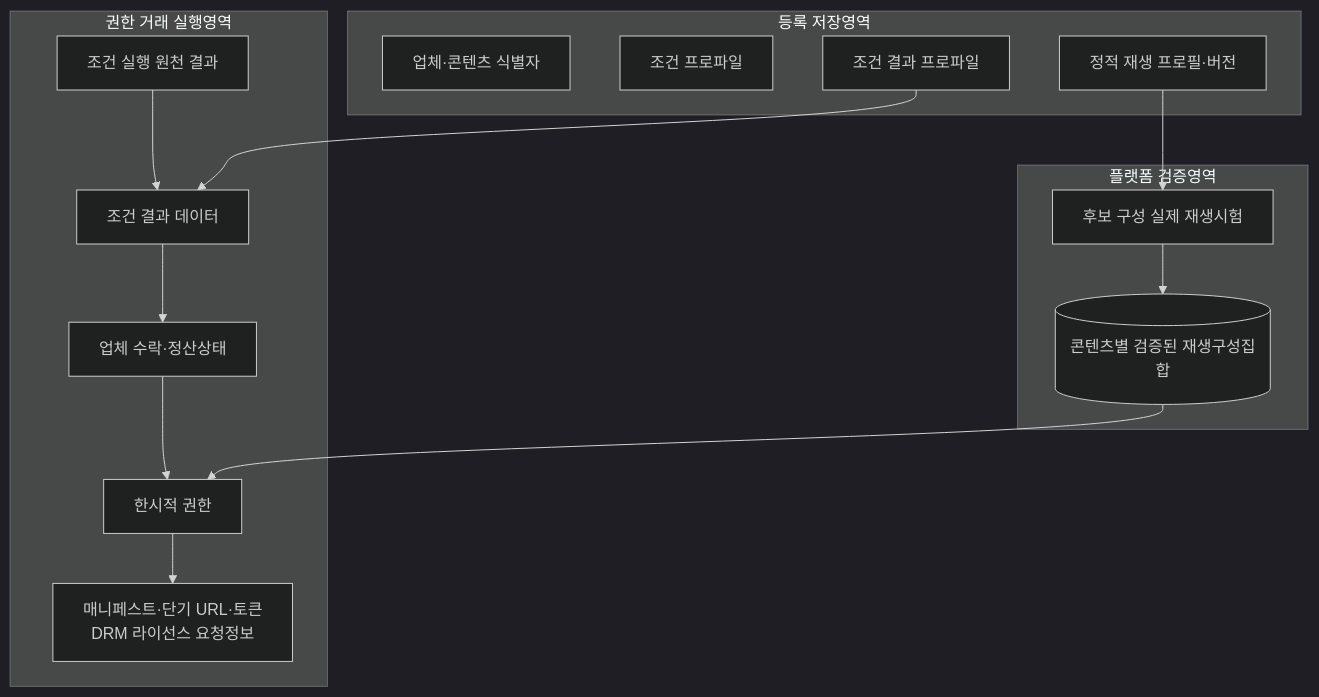
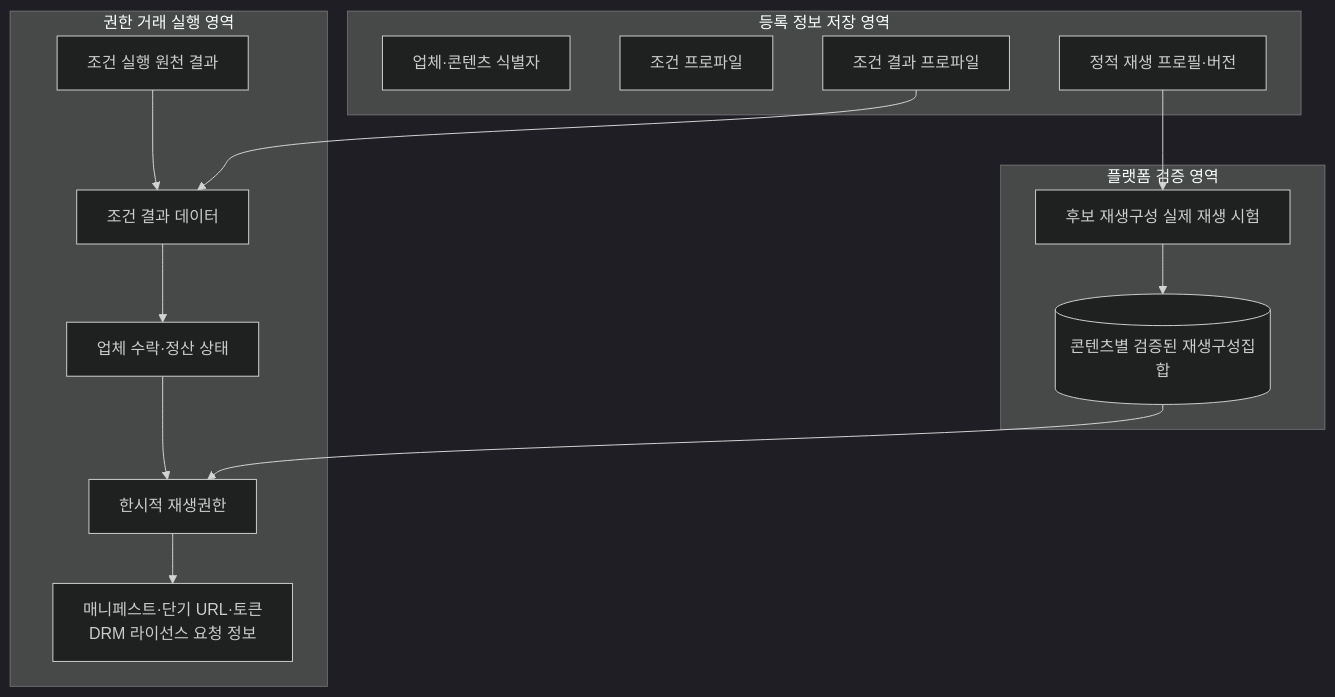
One commit to growdai1y/instant-play changed diagram 12 of 14 in instant_play_직무발명서_개선본.md. Above: the diagram before and after it, drawn with Mermaid (dark theme). The commit also changed other lines of this file and 10 other files, not shown here.

````diff
--- a/instant_play_직무발명서_개선본.md
+++ b/instant_play_직무발명서_개선본.md
@@ -1469,28 +1476,28 @@
 ```mermaid
 flowchart TB
-    subgraph STATIC["등록 저장영역"]
+    subgraph STATIC["등록 정보 저장 영역"]
         A["업체·콘텐츠 식별자"]
         B["조건 프로파일"]
         C["조건 결과 프로파일"]
         D["정적 재생 프로필·버전"]
     end
 
-    subgraph VERIFIED["플랫폼 검증영역"]
-        E["후보 구성 실제 재생시험"]
+    subgraph VERIFIED["플랫폼 검증 영역"]
+        E["후보 재생구성 실제 재생 시험"]
         F[("콘텐츠별 검증된 재생구성집합")]
         E --> F
     end
 
-    subgraph DYNAMIC["권한 거래 실행영역"]
+    subgraph DYNAMIC["권한 거래 실행 영역"]
         G["조건 실행 원천 결과"]
         H["조건 결과 데이터"]
-        I["업체 수락·정산상태"]
-        J["한시적 권한"]
-        K["매니페스트·단기 URL·토큰<br/>DRM 라이선스 요청정보"]
+        I["업체 수락·정산 상태"]
+        J["한시적 재생권한"]
+        K["매니페스트·단기 URL·토큰<br/>DRM 라이선스 요청 정보"]
         G --> H --> I --> J --> K
     end
 
     D --> E
     C --> H
     F --> J
 ```
````
